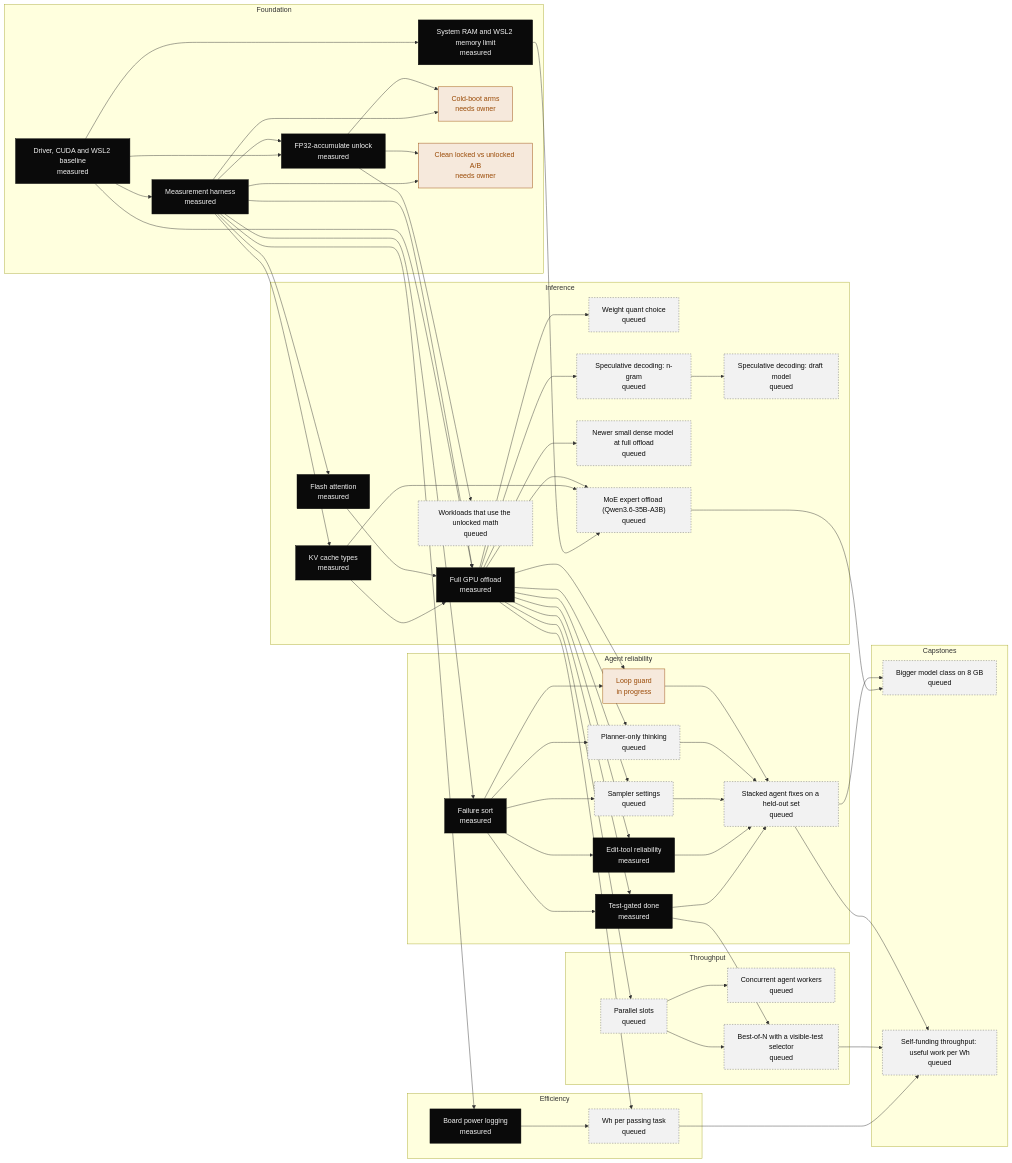
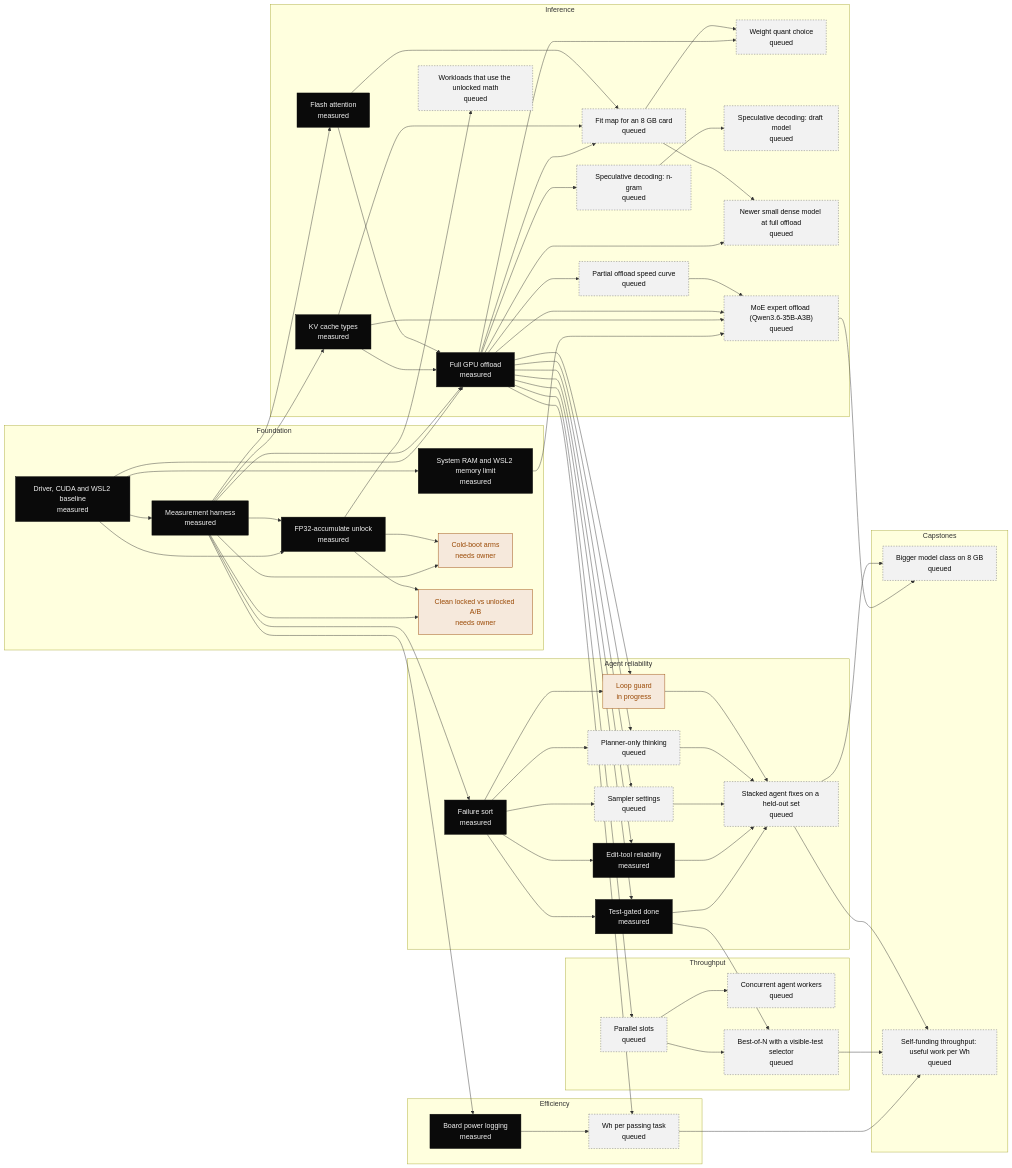
The diagram in TECH-TREE.md (lemonaide152/gpu-unlock-3070-lhr), drawn with Mermaid before and after one commit. The commit also changed other lines of this file and 1 other file, not shown here.

````diff
--- a/TECH-TREE.md
+++ b/TECH-TREE.md
@@ -36,6 +40,8 @@
     kv_cache_types["KV cache types<br/>measured"]
     flash_attention["Flash attention<br/>measured"]
     full_offload["Full GPU offload<br/>measured"]
+    fit_map["Fit map for an 8 GB card<br/>queued"]
+    offload_curve["Partial offload speed curve<br/>queued"]
     quant_choice["Weight quant choice<br/>queued"]
     spec_ngram["Speculative decoding: n-gram<br/>queued"]
     spec_draft["Speculative decoding: draft model<br/>queued"]
@@ -79,13 +85,20 @@
   harness --> full_offload
   kv_cache_types --> full_offload
   flash_attention --> full_offload
+  full_offload --> fit_map
+  kv_cache_types --> fit_map
+  flash_attention --> fit_map
+  full_offload --> offload_curve
   full_offload --> quant_choice
+  fit_map --> quant_choice
   full_offload --> spec_ngram
   spec_ngram --> spec_draft
   full_offload --> dense_newer
+  fit_map --> dense_newer
   ram_wsl_check --> moe_offload
   kv_cache_types --> moe_offload
   full_offload --> moe_offload
+  offload_curve --> moe_offload
   unlock_fp32acc --> fp16_workloads
   harness --> failure_sort
   failure_sort --> test_gate
@@ -120,5 +133,5 @@
   classDef queued fill:#f2f2f2,color:#0a0a0a,stroke:#6b6b6b,stroke-dasharray:3 3
   class stack_baseline,harness,unlock_fp32acc,ram_wsl_check,kv_cache_types,flash_attention,full_offload,failure_sort,test_gate,tool_call_format,power_log measured
   class cold_boot,locked_ab,loop_guard live
-  class quant_choice,spec_ngram,spec_draft,dense_newer,moe_offload,fp16_workloads,sampler,thinking_budget,agent_stack,parallel_slots,agent_workers,best_of_n,wh_per_pass,bigger_class,useful_work_per_wh queued
+  class fit_map,offload_curve,quant_choice,spec_ngram,spec_draft,dense_newer,moe_offload,fp16_workloads,sampler,thinking_budget,agent_stack,parallel_slots,agent_workers,best_of_n,wh_per_pass,bigger_class,useful_work_per_wh queued
 ```
````
